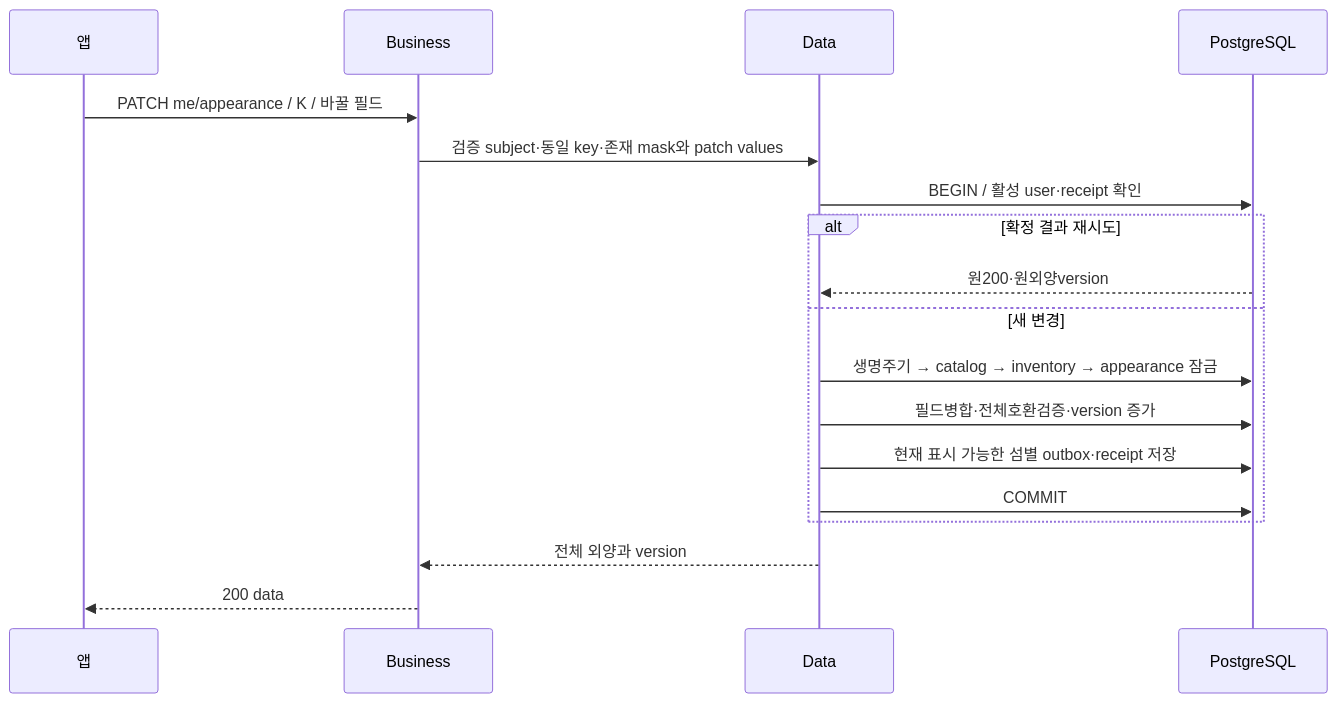
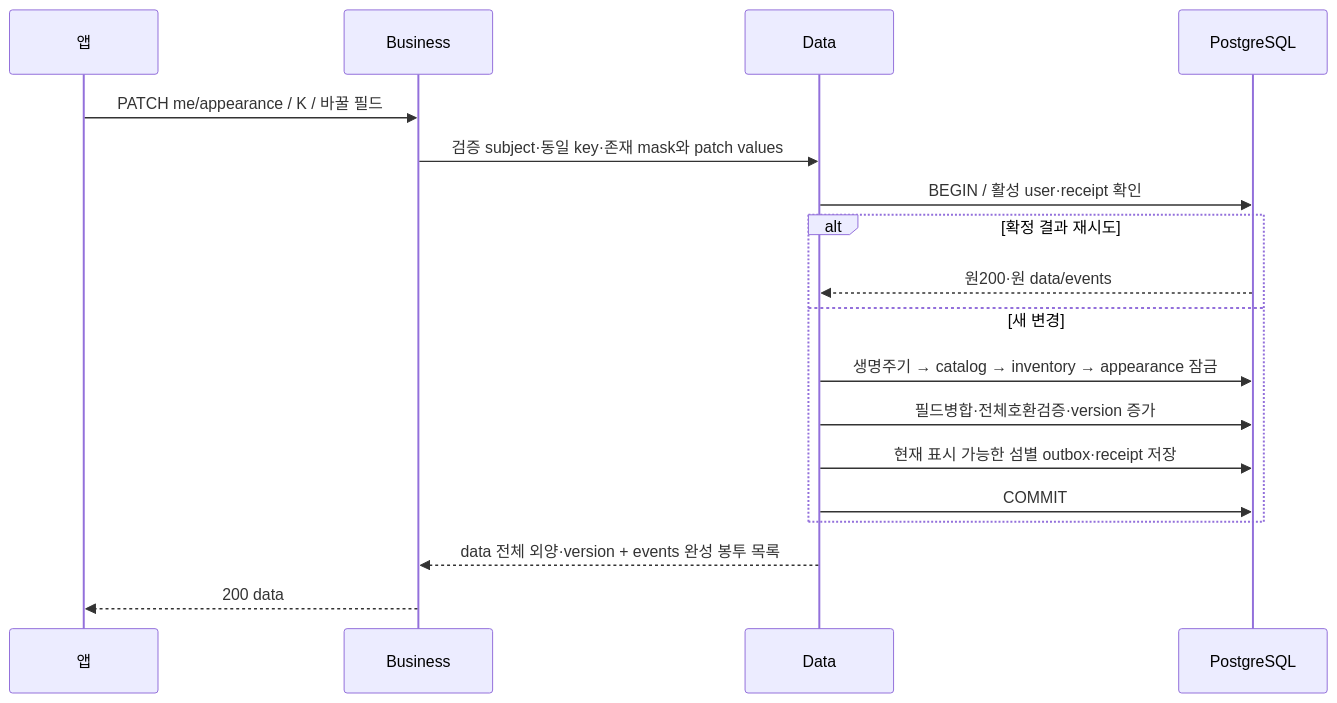
One commit to OneOrThree/phone changed the second of 2 diagrams in docs/prd/island-appearance/high-level-design.md. Above: the diagram before and after it, drawn with Mermaid. The commit also changed 3 other files, not shown here.

````diff
--- a/docs/prd/island-appearance/high-level-design.md
+++ b/docs/prd/island-appearance/high-level-design.md
@@ -23,20 +23,20 @@
 ```mermaid
 sequenceDiagram
   participant A as 앱
   participant B as Business
   participant D as Data
   participant P as PostgreSQL
   A->>B: PATCH me/appearance / K / 바꿀 필드
   B->>D: 검증 subject·동일 key·존재 mask와 patch values
   D->>P: BEGIN / 활성 user·receipt 확인
   alt 확정 결과 재시도
-    P-->>D: 원200·원외양version
+    P-->>D: 원200·원 data/events
   else 새 변경
     D->>P: 생명주기 → catalog → inventory → appearance 잠금
     D->>P: 필드병합·전체호환검증·version 증가
     D->>P: 현재 표시 가능한 섬별 outbox·receipt 저장
     D->>P: COMMIT
   end
-  D-->>B: 전체 외양과 version
+  D-->>B: data 전체 외양·version + events 완성 봉투 목록
   B-->>A: 200 data
 ```
````
